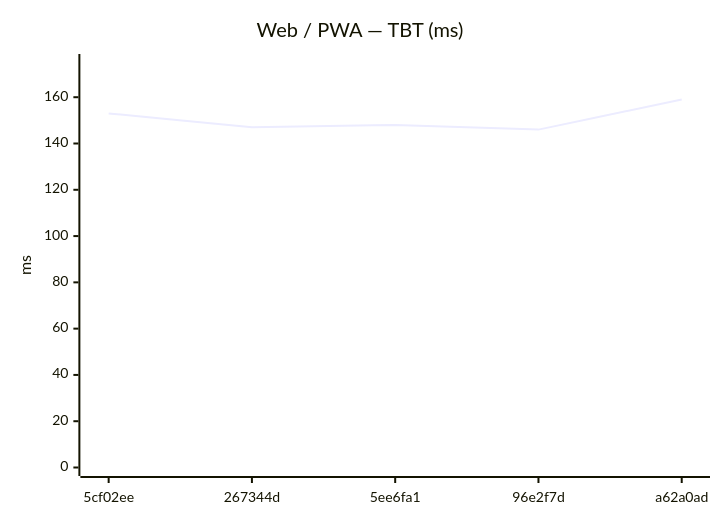
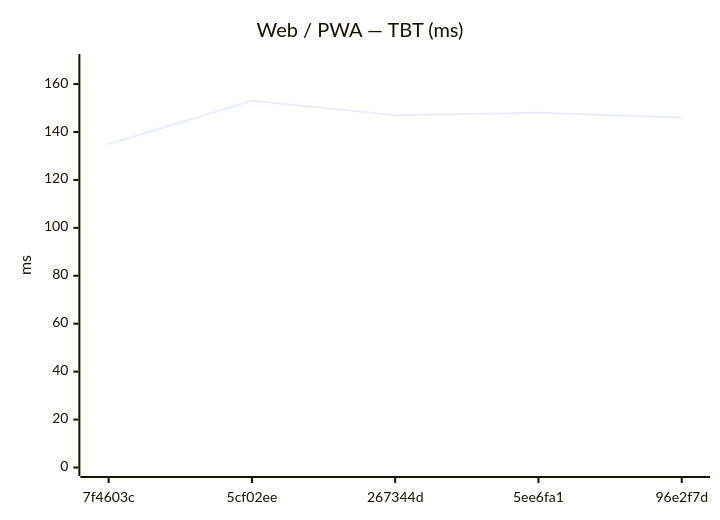
Before and after one commit to Metaheurist/Rianell: the eighth of 18 diagrams in benchmarks/compare.md, drawn with Mermaid. The commit also changed other lines of this file and 11 other files, not shown here.

````diff
--- a/benchmarks/compare.md
+++ b/benchmarks/compare.md
@@ -124,7 +124,7 @@
 ```mermaid
 xychart-beta
     title "Web / PWA — TBT (ms)"
-    x-axis ["5cf02ee", "267344d", "5ee6fa1", "96e2f7d", "a62a0ad"]
-    y-axis "ms" 0 --> 175
-    line [153, 147, 148, 146, 159]
+    x-axis ["7f4603c", "5cf02ee", "267344d", "5ee6fa1", "96e2f7d"]
+    y-axis "ms" 0 --> 169
+    line [135, 153, 147, 148, 146]
 ```
````
